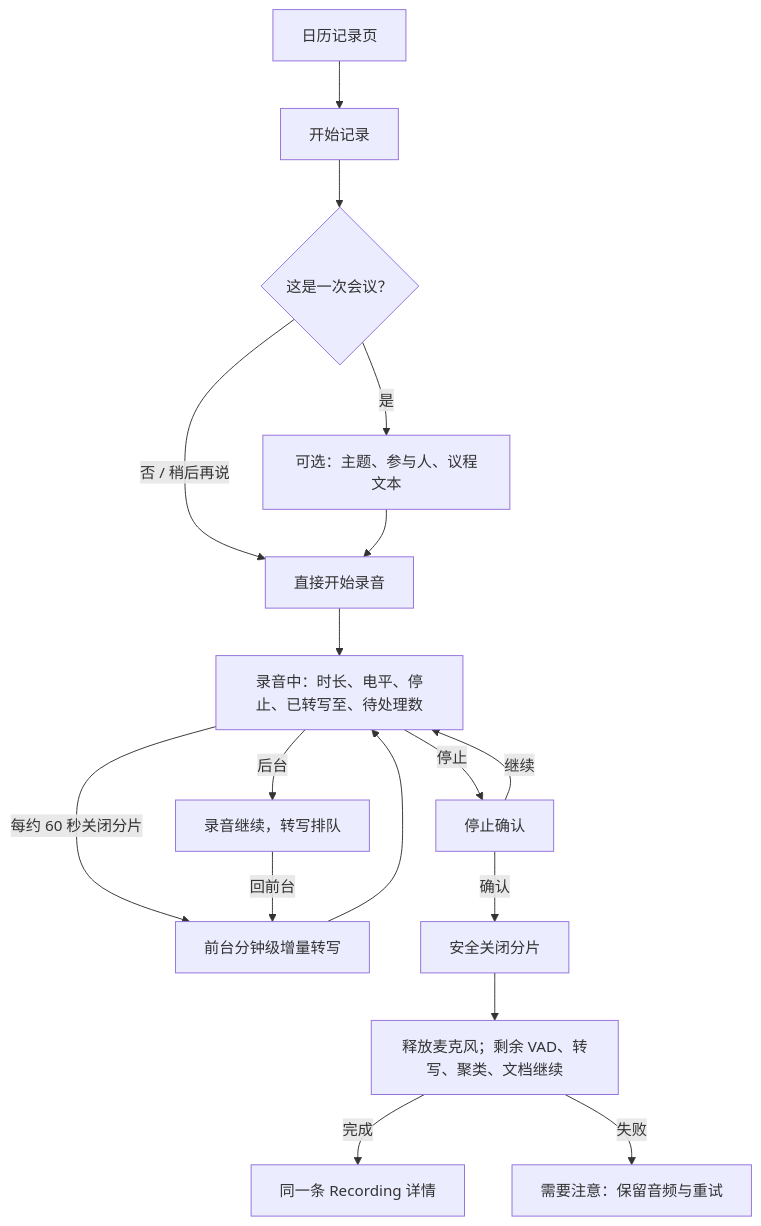
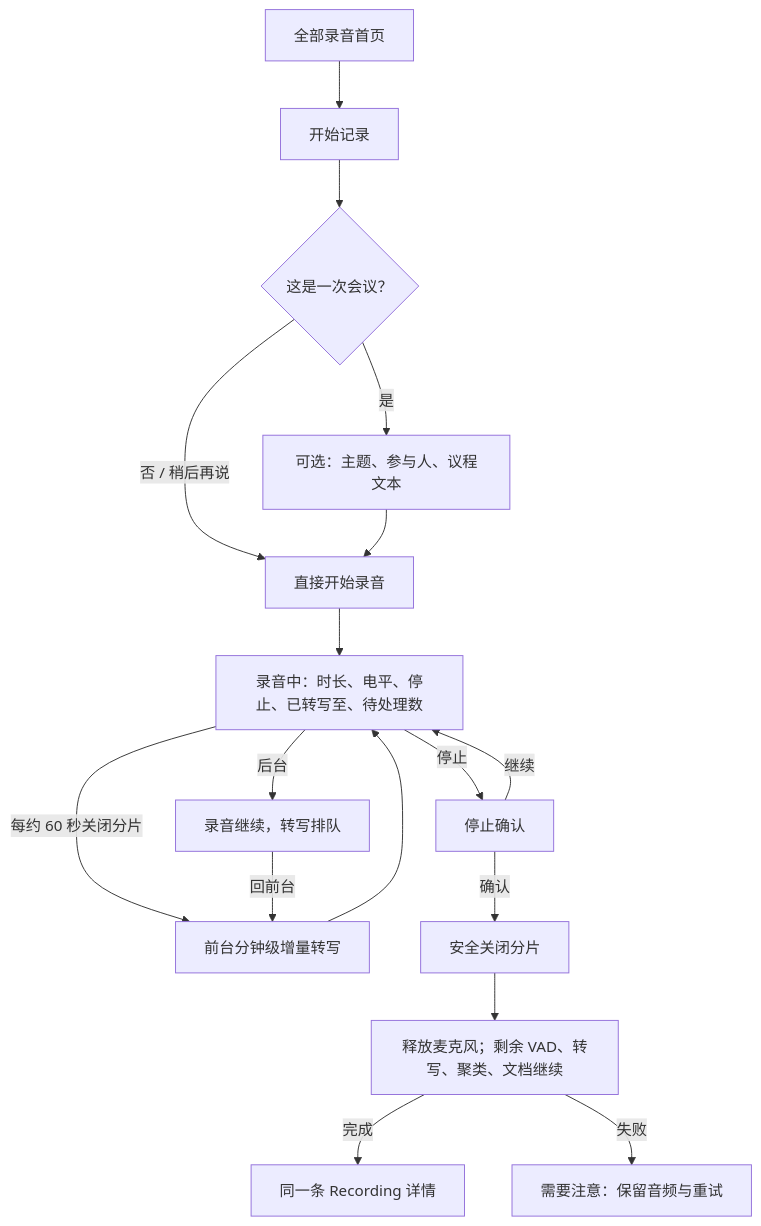
One commit to scottzx/VoiceContext changed the first of 3 diagrams in docs/design/v1/user-flows.md. Above: the diagram before and after it, drawn with Mermaid. The commit also changed 135 other files, not shown here.

````diff
--- a/docs/design/v1/user-flows.md
+++ b/docs/design/v1/user-flows.md
@@ -7,19 +7,19 @@
 ```mermaid
 flowchart TD
-    A[日历记录页] --> B[开始记录]
+    A[全部录音首页] --> B[开始记录]
     B --> C{这是一次会议？}
     C -->|否 / 稍后再说| D[直接开始录音]
     C -->|是| E[可选：主题、参与人、议程文本]
     E --> D
     D --> F[录音中：时长、电平、停止、已转写至、待处理数]
     F -->|每约 60 秒关闭分片| G[前台分钟级增量转写]
     G --> F
     F -->|后台| H[录音继续，转写排队]
     H -->|回前台| G
     F -->|停止| I[停止确认]
     I -->|继续| F
     I -->|确认| J[安全关闭分片]
     J --> K[释放麦克风；剩余 VAD、转写、聚类、文档继续]
     K -->|完成| L[同一条 Recording 详情]
     K -->|失败| M[需要注意：保留音频与重试]
 ```
````
